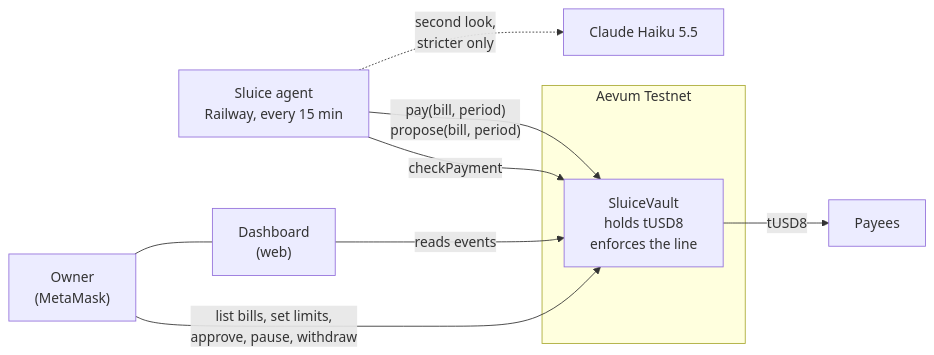
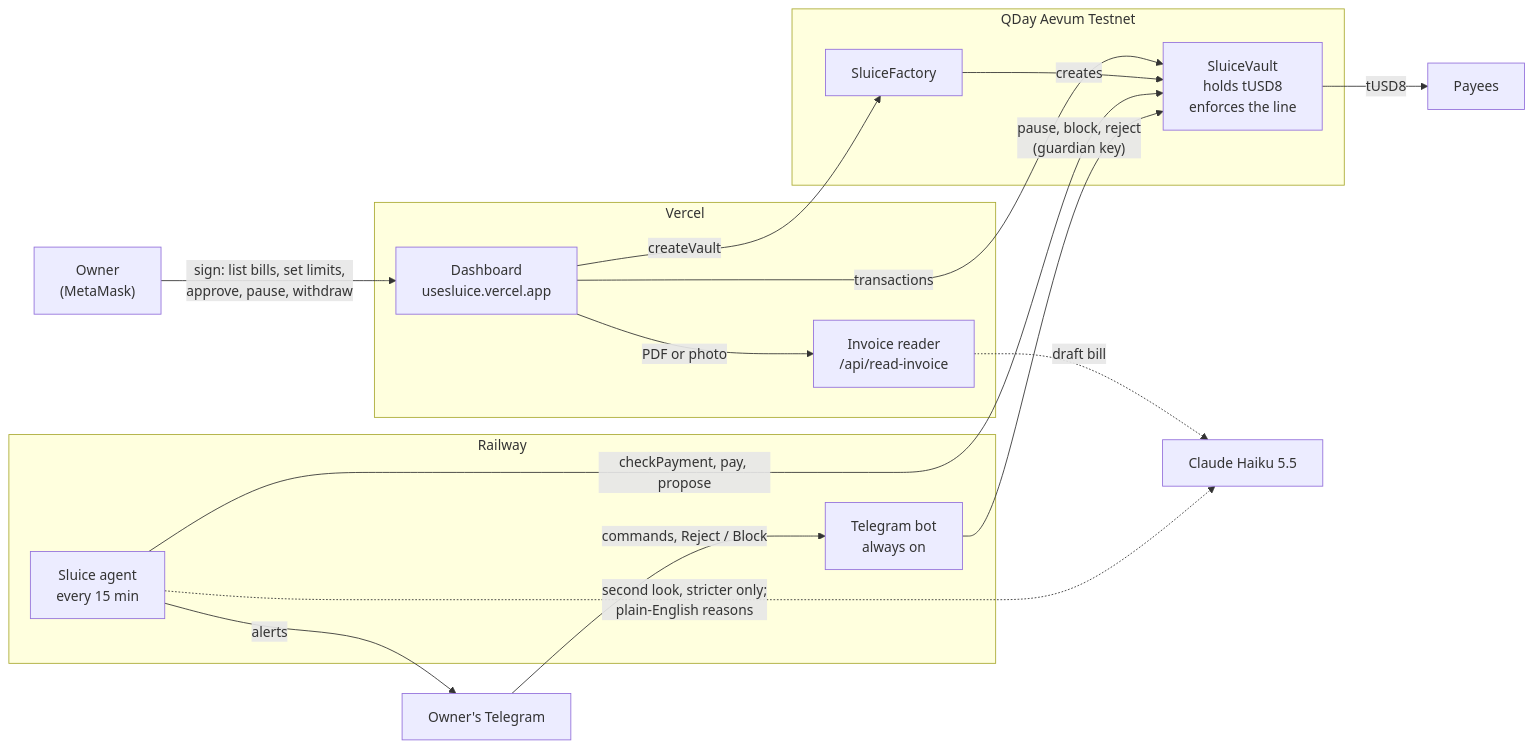
Before and after one commit to Ultraviolet01/Sluice: the diagram in README.md, drawn with Mermaid. The commit also changed other lines of this file, not shown here.

Commit message:
README: full architecture, audience, platform integrations, setup, API reference, assumptions, team

````diff
--- a/README.md
+++ b/README.md
@@ -34,13 +34,31 @@
 ```mermaid
 flowchart LR
-  O["Owner<br/>(MetaMask)"] -- "list bills, set limits,<br/>approve, pause, withdraw" --> V
-  subgraph Aevum Testnet
+  O["Owner<br/>(MetaMask)"]
+  T["Owner's Telegram"]
+  subgraph Vercel
+    W["Dashboard<br/>usesluice.vercel.app"]
+    R["Invoice reader<br/>/api/read-invoice"]
+  end
+  subgraph Railway
+    A["Sluice agent<br/>every 15 min"]
+    B["Telegram bot<br/>always on"]
+  end
+  subgraph Aevum["QDay Aevum Testnet"]
+    F["SluiceFactory"]
     V["SluiceVault<br/>holds tUSD8<br/>enforces the line"]
   end
-  A["Sluice agent<br/>Railway, every 15 min"] -- "checkPayment" --> V
-  A -- "pay(bill, period)<br/>propose(bill, period)" --> V
-  A -. "second look,<br/>stricter only" .-> C["Claude Haiku 5.5"]
-  V -- "tUSD8" --> P["Payees"]
-  W["Dashboard<br/>(web)"] -- "reads events" --> V
-  O --- W
+  C["Claude Haiku 5.5"]
+  P["Payees"]
+  O -- "sign: list bills, set limits,<br/>approve, pause, withdraw" --> W
+  W -- "transactions" --> V
+  W -- "createVault" --> F
+  F -- "creates" --> V
+  W -- "PDF or photo" --> R
+  R -. "draft bill" .-> C
+  A -- "checkPayment, pay, propose" --> V
+  A -. "second look, stricter only;<br/>plain-English reasons" .-> C
+  A -- "alerts" --> T
+  T -- "commands, Reject / Block" --> B
+  B -- "pause, block, reject<br/>(guardian key)" --> V
+  V -- "tUSD8" --> P
 ```
````
